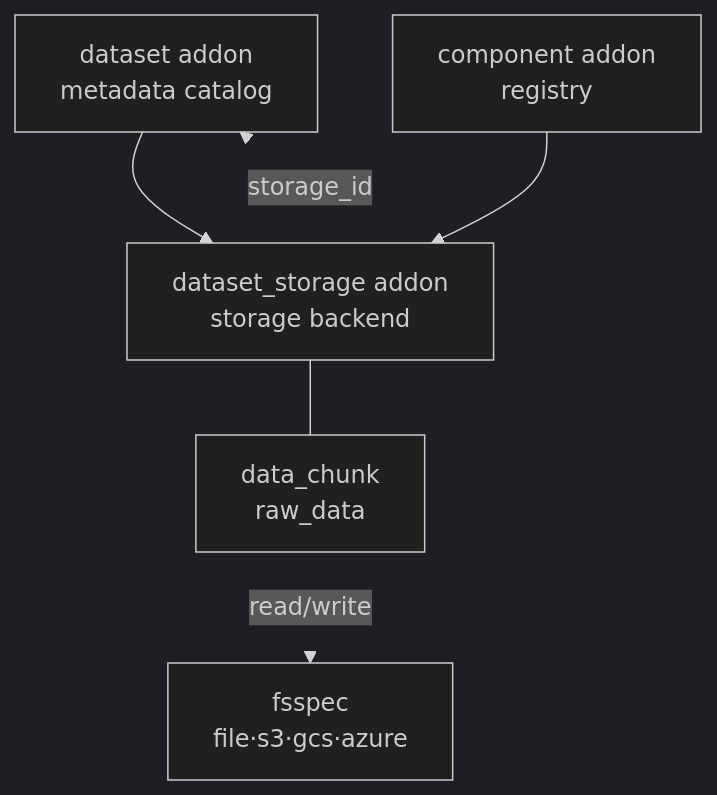
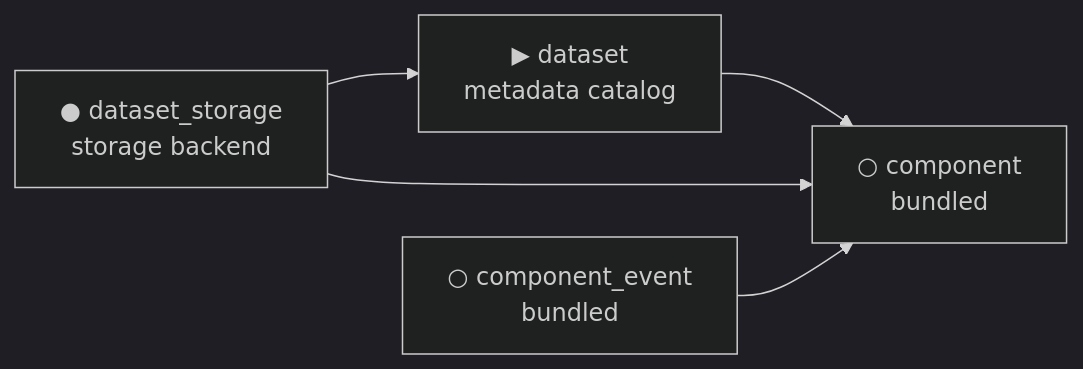
Before and after one commit to quick-sort/dataset-console: the diagram in README.md, drawn with Mermaid (dark theme). The commit also changed other lines of this file and 20 other files, not shown here.

````diff
--- a/README.md
+++ b/README.md
@@ -59,12 +59,7 @@
 ```mermaid
-flowchart TD
-    dataset[dataset addon<br/>metadata catalog] --> dataset_storage
-    component[component addon<br/>registry] --> dataset_storage
-    dataset_storage[dataset_storage addon<br/>storage backend] --- data_chunk[data_chunk<br/>raw_data]
-
-    data_chunk -- read/write --> fsspec[fsspec<br/>file·s3·gcs·azure]
-
-    dataset_storage -- storage_id --> dataset
-
-    linkStyle 3,4 stroke-width:0
+flowchart LR
+    dataset[▶ dataset<br/>metadata catalog] --> component[○ component<br/>bundled]
+    dataset_storage[● dataset_storage<br/>storage backend] --> dataset
+    dataset_storage --> component
+    component_event[○ component_event<br/>bundled] --> component
 ```
````
